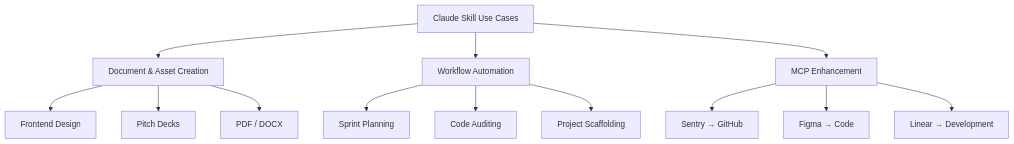
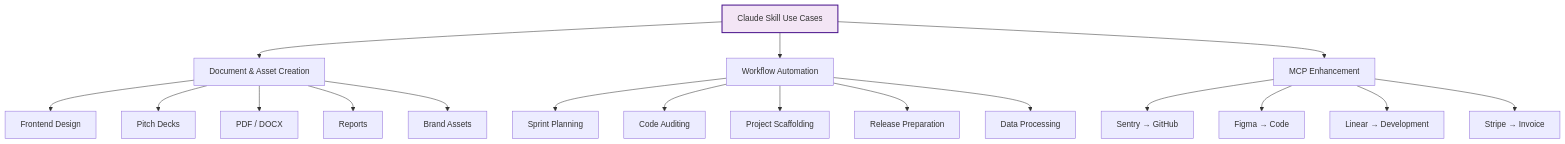
Before and after one commit to Amie-dev/FDE-and-GenAI-Mastery: the fifth of 20 diagrams in Lecture 23 - Claude Skills/notes/02-planning-design-and-technical-requirements.md, drawn with Mermaid. The commit also changed other lines of this file and 6 other files, not shown here.

````diff
--- a/Lecture 23 - Claude Skills/notes/02-planning-design-and-technical-requirements.md
+++ b/Lecture 23 - Claude Skills/notes/02-planning-design-and-technical-requirements.md
@@ -104,20 +206,26 @@
 ```mermaid
 graph TD
     A["Claude Skill Use Cases"]
-
     A --> B["Document & Asset Creation"]
     A --> C["Workflow Automation"]
     A --> D["MCP Enhancement"]
 
     B --> B1["Frontend Design"]
     B --> B2["Pitch Decks"]
     B --> B3["PDF / DOCX"]
+    B --> B4["Reports"]
+    B --> B5["Brand Assets"]
 
     C --> C1["Sprint Planning"]
     C --> C2["Code Auditing"]
     C --> C3["Project Scaffolding"]
+    C --> C4["Release Preparation"]
+    C --> C5["Data Processing"]
 
     D --> D1["Sentry → GitHub"]
     D --> D2["Figma → Code"]
     D --> D3["Linear → Development"]
+    D --> D4["Stripe → Invoice"]
+
+    style A fill:#f3e5f5,stroke:#4a148c,stroke-width:2px
 ```
````
